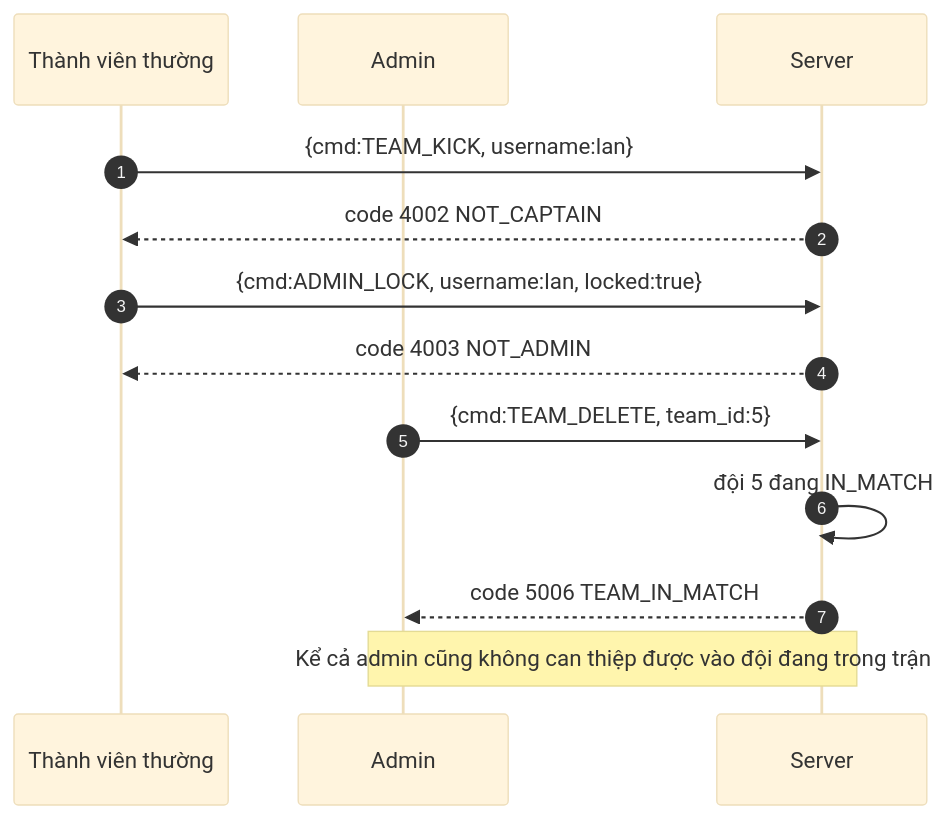
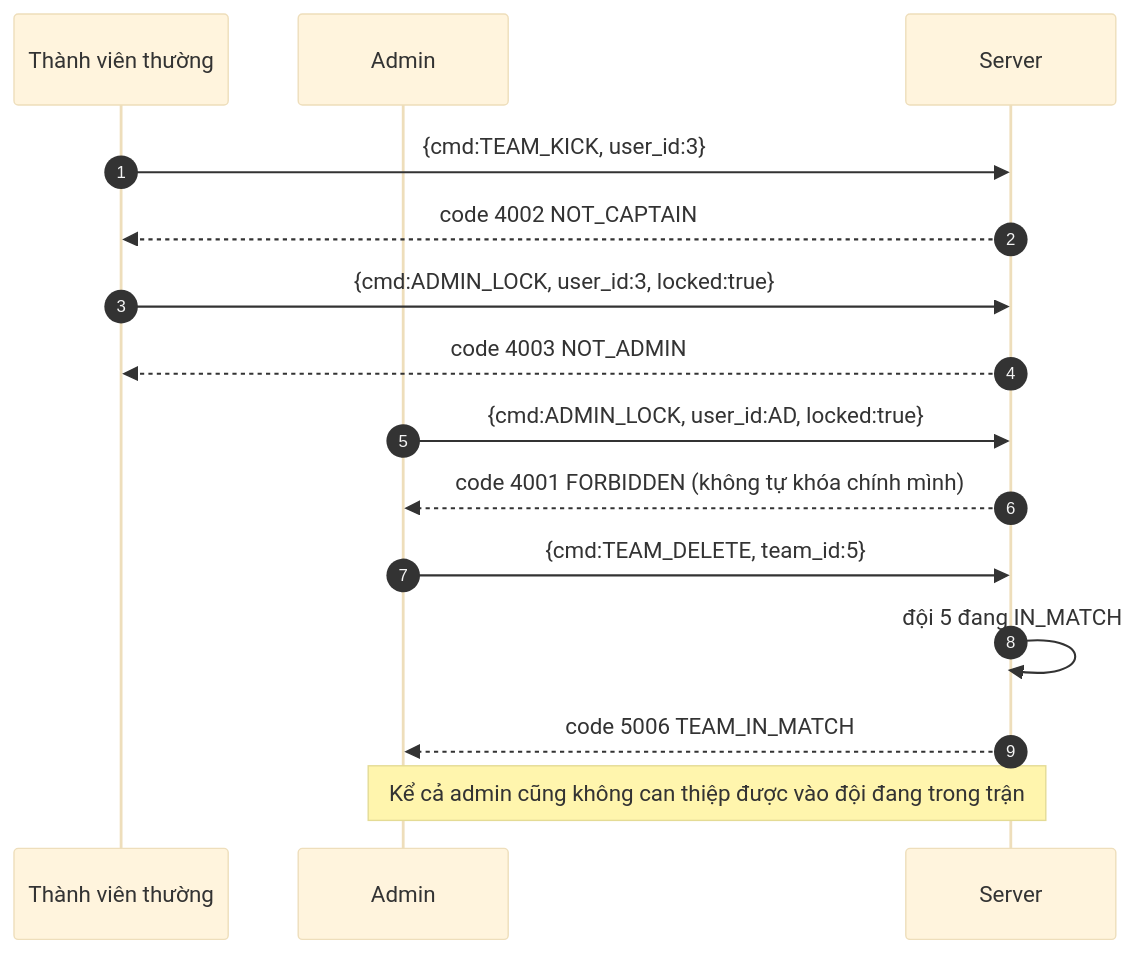
Before and after one commit to dson19/network: the diagram in Project/docs/design/diagrams/sequence/13-error-permission.md, drawn with Mermaid (base theme). The commit also changed 24 other files, not shown here.

````diff
--- a/Project/docs/design/diagrams/sequence/13-error-permission.md
+++ b/Project/docs/design/diagrams/sequence/13-error-permission.md
@@ -5,17 +5,20 @@
 ```mermaid
 sequenceDiagram
     autonumber
     participant M as Thành viên thường
     participant AD as Admin
     participant S as Server
 
-    M->>S: {cmd:TEAM_KICK, username:lan}
+    M->>S: {cmd:TEAM_KICK, user_id:3}
     S-->>M: code 4002 NOT_CAPTAIN
-    M->>S: {cmd:ADMIN_LOCK, username:lan, locked:true}
+    M->>S: {cmd:ADMIN_LOCK, user_id:3, locked:true}
     S-->>M: code 4003 NOT_ADMIN
+
+    AD->>S: {cmd:ADMIN_LOCK, user_id:AD, locked:true}
+    S-->>AD: code 4001 FORBIDDEN (không tự khóa chính mình)
 
     AD->>S: {cmd:TEAM_DELETE, team_id:5}
     S->>S: đội 5 đang IN_MATCH
     S-->>AD: code 5006 TEAM_IN_MATCH
     Note over AD,S: Kể cả admin cũng không can thiệp được vào đội đang trong trận
 ```
````
